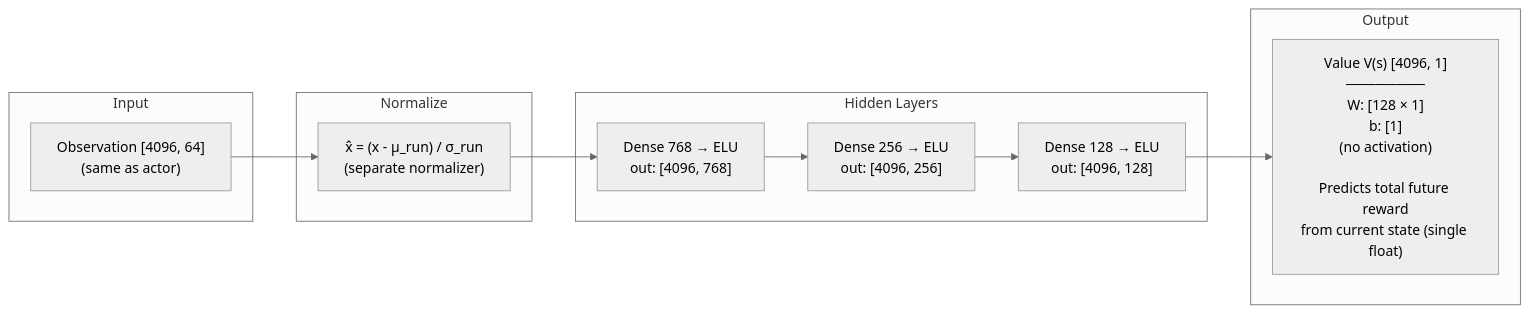
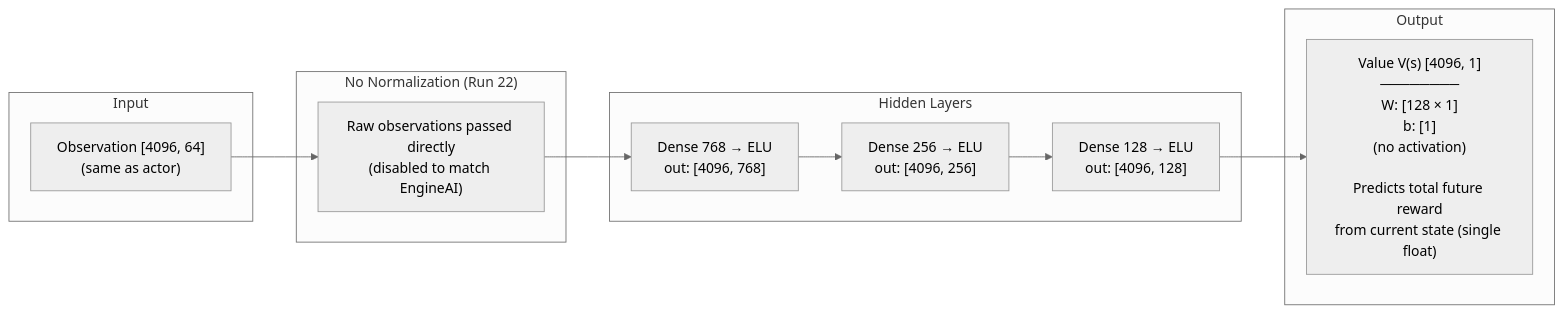
One commit to armmarov/armrobot changed the third of 9 diagrams in docs/PPO_NETWORK.md. Above: the diagram before and after it, drawn with Mermaid (neutral theme). The commit also changed other lines of this file and 2 other files, not shown here.

First line of the commit message:
Run 22: Disable observation normalization to match EngineAI

````diff
--- a/docs/PPO_NETWORK.md
+++ b/docs/PPO_NETWORK.md
@@ -99,22 +99,22 @@
 ```mermaid
 flowchart LR
     subgraph INPUT2["Input"]
         I2["Observation [4096, 64]<br/>(same as actor)"]
     end
 
-    subgraph NORMALIZE2["Normalize"]
-        N2["x̂ = (x - μ_run) / σ_run<br/>(separate normalizer)"]
+    subgraph NORMALIZE2["No Normalization (Run 22)"]
+        N2["Raw observations passed directly<br/>(disabled to match EngineAI)"]
     end
 
     subgraph HIDDEN2["Hidden Layers"]
         H2_1["Dense 768 → ELU<br/>out: [4096, 768]"]
         H2_2["Dense 256 → ELU<br/>out: [4096, 256]"]
         H2_3["Dense 128 → ELU<br/>out: [4096, 128]"]
     end
 
     subgraph OUTPUT2["Output"]
         V["Value V(s) [4096, 1]<br/>────────<br/>W: [128 × 1]<br/>b: [1]<br/>(no activation)<br/><br/>Predicts total future reward<br/>from current state (single float)"]
     end
 
     I2 --> N2 --> H2_1 --> H2_2 --> H2_3 --> V
 ```
````
